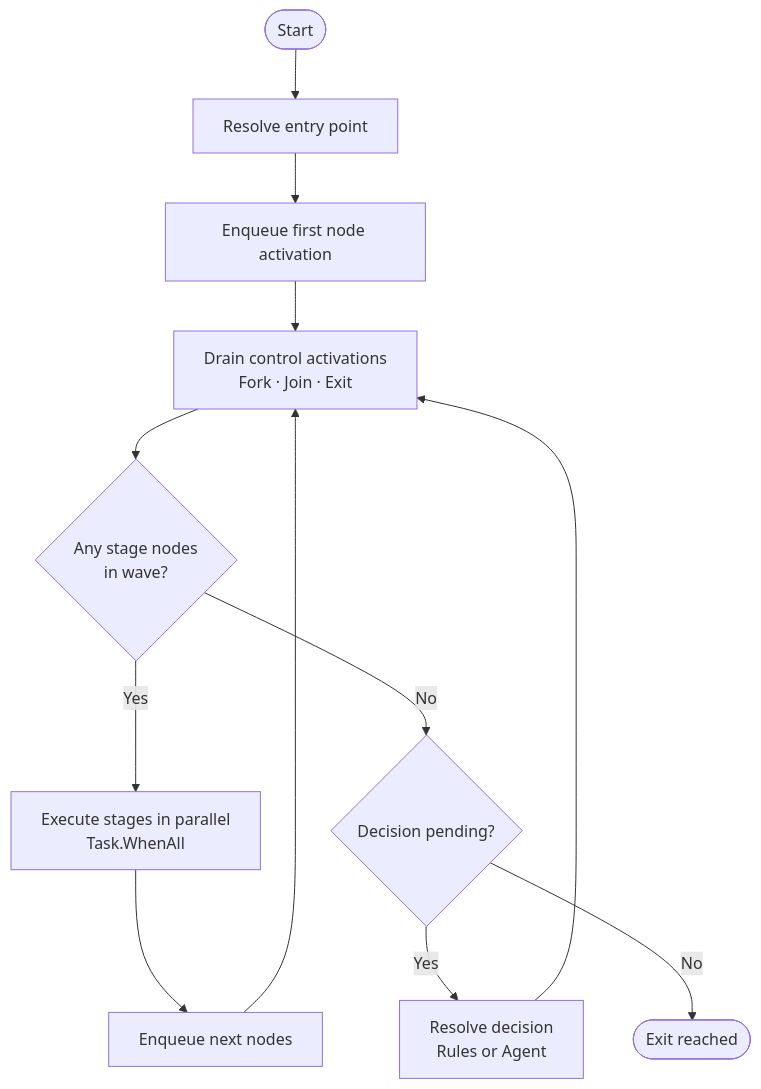
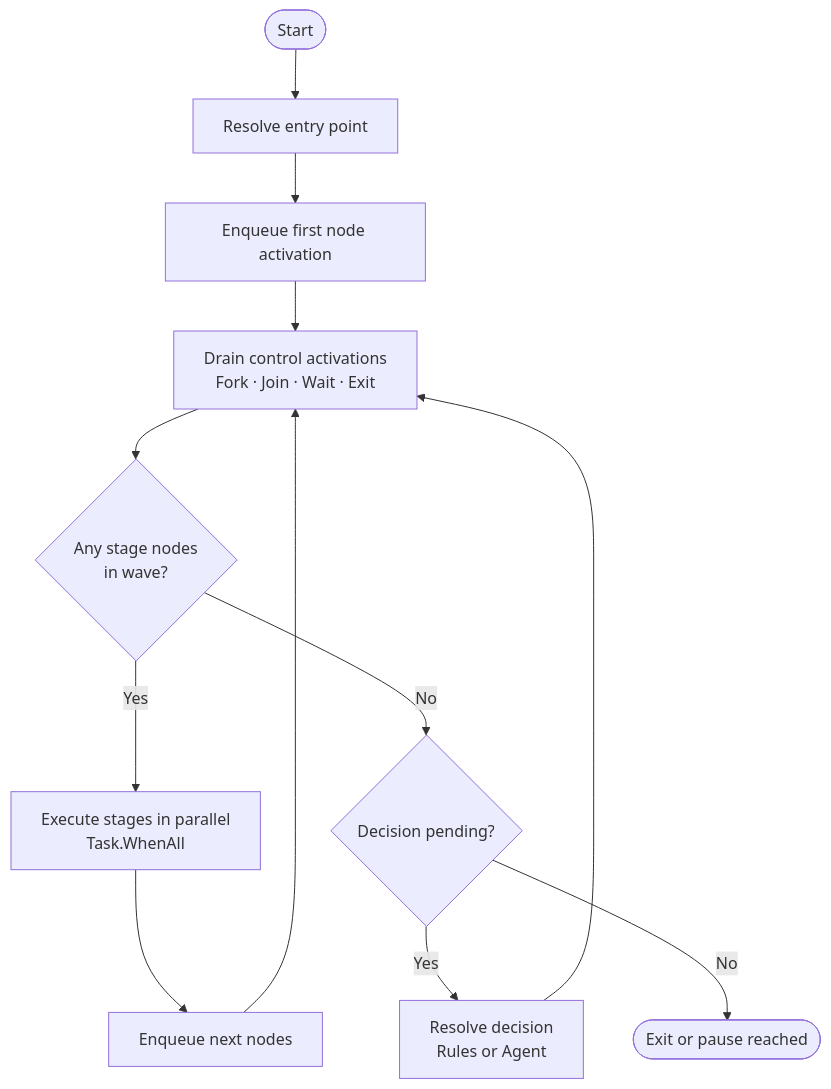
Before and after one commit to Gibbs-Morris/clean-squad: the second of 4 diagrams in docs/explanation/workflow-model.md, drawn with Mermaid. The commit also changed other lines of this file and 35 other files, not shown here.

````diff
--- a/docs/explanation/workflow-model.md
+++ b/docs/explanation/workflow-model.md
@@ -52,14 +53,14 @@
 ```mermaid
 flowchart TD
     S([Start]) --> EP[Resolve entry point]
     EP --> Q[Enqueue first node activation]
-    Q --> LOOP[Drain control activations\nFork · Join · Exit]
+    Q --> LOOP[Drain control activations\nFork · Join · Wait · Exit]
     LOOP --> WAVE{Any stage nodes\nin wave?}
     WAVE -- Yes --> PAR[Execute stages in parallel\nTask.WhenAll]
     PAR --> NEXT[Enqueue next nodes]
     NEXT --> LOOP
     WAVE -- No --> DEC{Decision pending?}
     DEC -- Yes --> DECIDE[Resolve decision\nRules or Agent]
     DECIDE --> LOOP
-    DEC -- No --> END([Exit reached])
+    DEC -- No --> END([Exit or pause reached])
 ```
````
